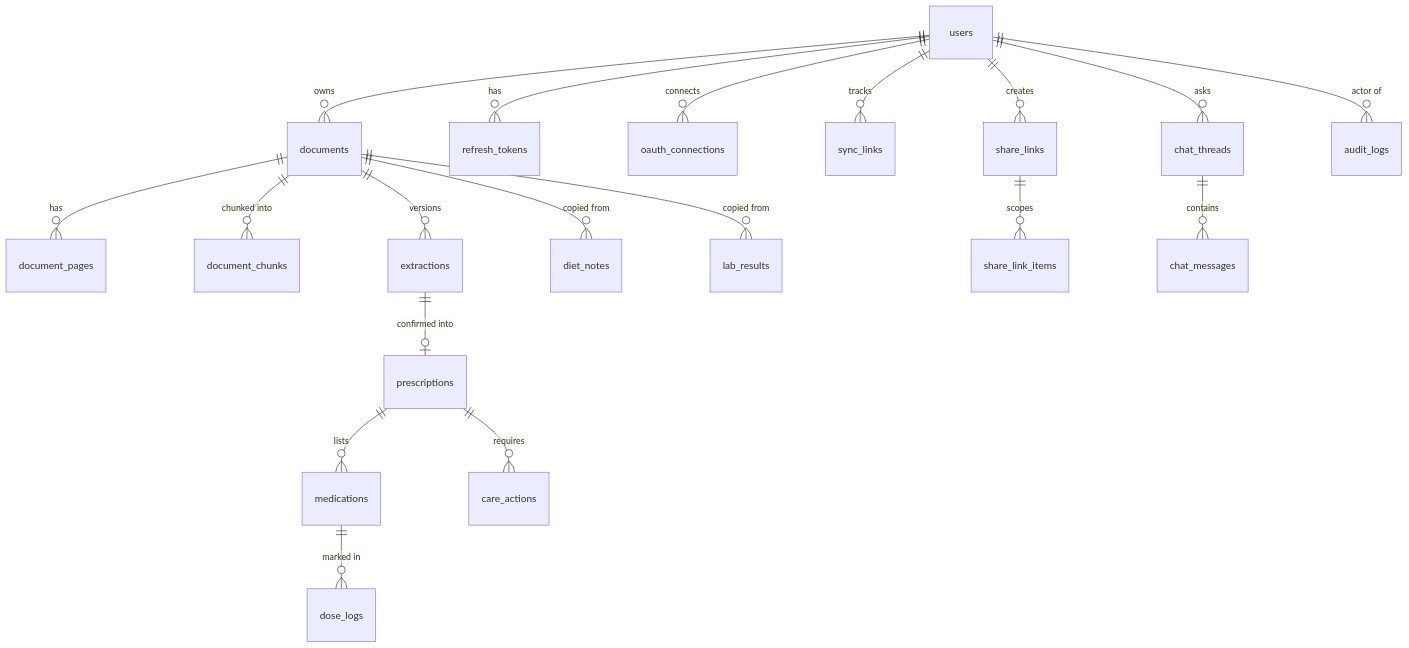
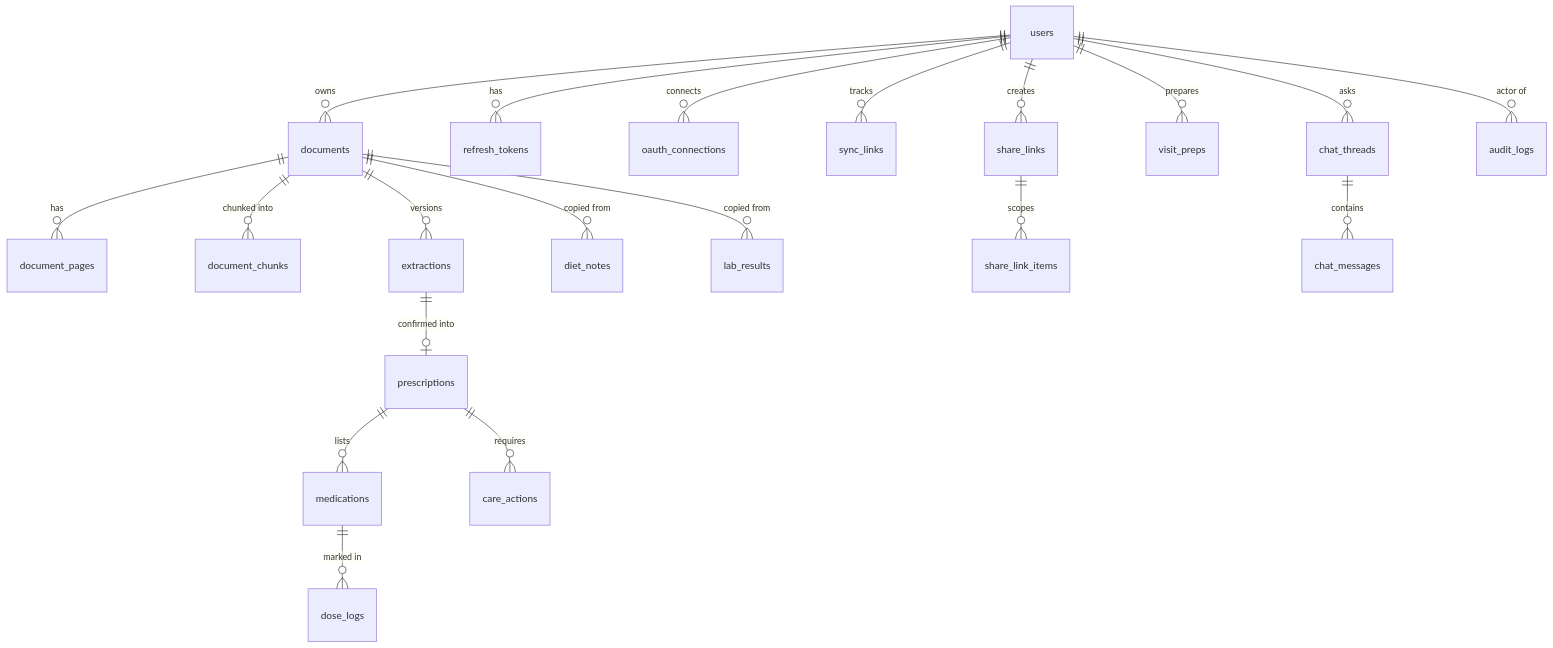
One commit to SriramWorkSpace/MedSpace-Healthcare changed the fourth of 4 diagrams in docs/architecture.md. Above: the diagram before and after it, drawn with Mermaid. The commit also changed other lines of this file and 48 other files, not shown here.

````diff
--- a/docs/architecture.md
+++ b/docs/architecture.md
@@ -219,21 +220,22 @@
 ```mermaid
 erDiagram
   users ||--o{ documents : owns
   users ||--o{ refresh_tokens : has
   documents ||--o{ document_pages : has
   documents ||--o{ document_chunks : "chunked into"
   documents ||--o{ extractions : "versions"
   extractions ||--o| prescriptions : "confirmed into"
   prescriptions ||--o{ medications : lists
   medications ||--o{ dose_logs : "marked in"
   prescriptions ||--o{ care_actions : requires
   documents ||--o{ diet_notes : "copied from"
   documents ||--o{ lab_results : "copied from"
   users ||--o{ oauth_connections : connects
   users ||--o{ sync_links : tracks
   users ||--o{ share_links : creates
+  users ||--o{ visit_preps : prepares
   share_links ||--o{ share_link_items : scopes
   users ||--o{ chat_threads : asks
   chat_threads ||--o{ chat_messages : contains
   users ||--o{ audit_logs : "actor of"
 ```
````
